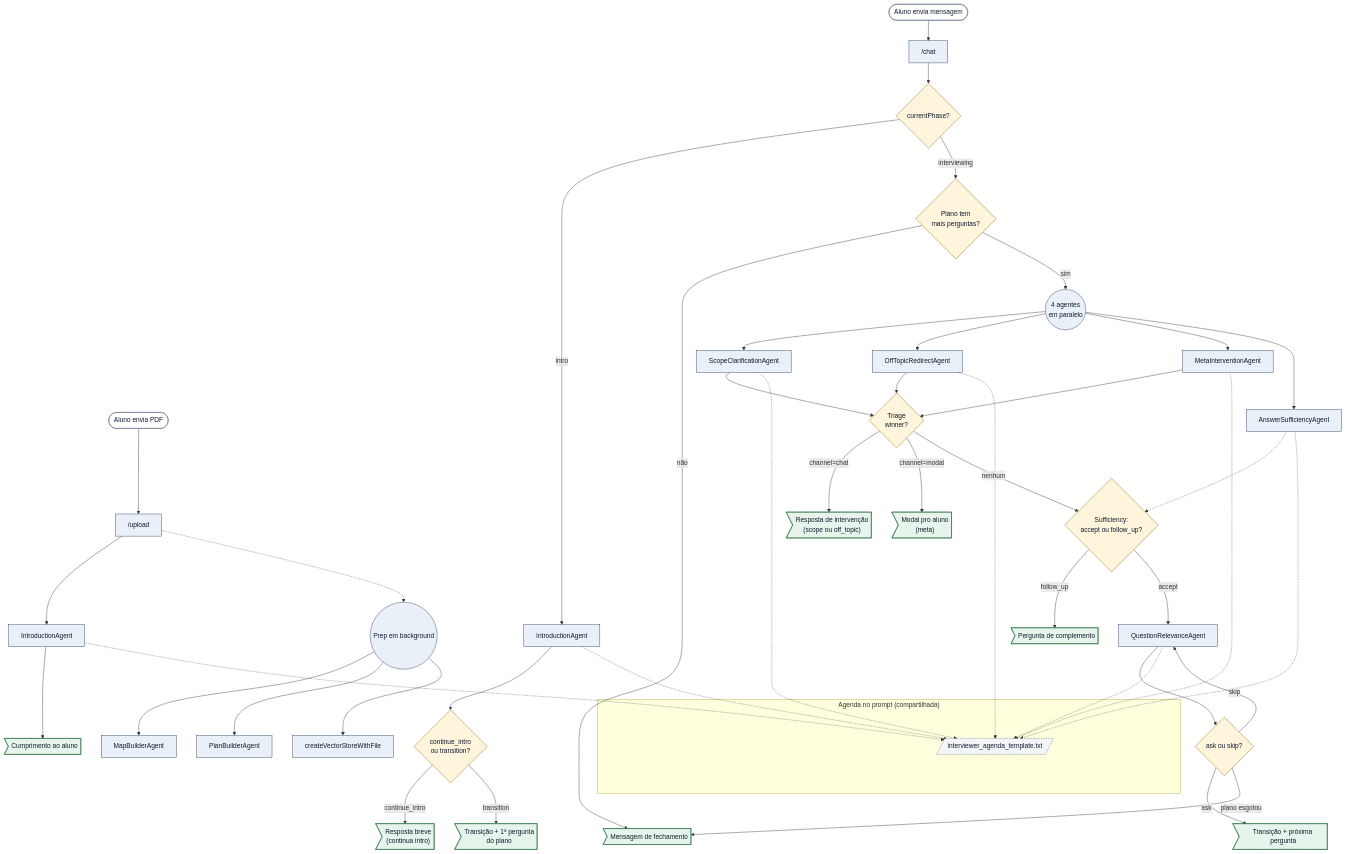
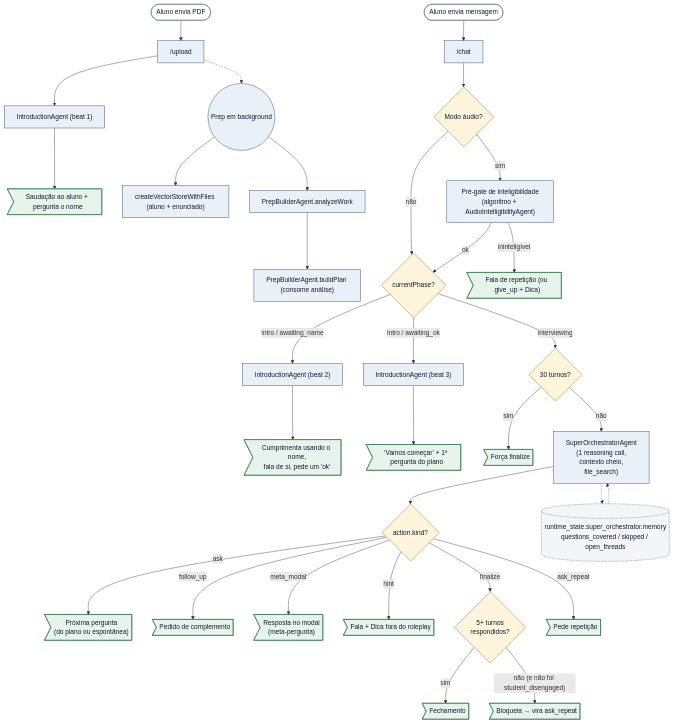
One commit to gladsjr/super-ta changed the first of 2 diagrams in docs/architecture.md. Above: the diagram before and after it, drawn with Mermaid. The commit also changed other lines of this file and 12 other files, not shown here.

````diff
--- a/docs/architecture.md
+++ b/docs/architecture.md
@@ -12,95 +16,68 @@
 ```mermaid
 flowchart TD
-  %% UPLOAD: PDF do aluno entra; saudação e prep pesada disparam em paralelo.
+  %% UPLOAD: PDF do aluno + enunciado → análise serializada → plano informado.
   Upload([Aluno envia PDF]) --> UploadHandler["/upload"]
-  UploadHandler --> IntroAgent1["IntroductionAgent"]
-  IntroAgent1 --> OutGreeting>"Cumprimento ao aluno"]
+  UploadHandler --> IntroAgent1["IntroductionAgent (beat 1)"]
+  IntroAgent1 --> OutGreeting>"Saudação ao aluno + pergunta o nome"]
   UploadHandler -.-> Prep(("Prep em background"))
-  Prep --> MapBuilder["MapBuilderAgent"]
-  Prep --> PlanBuilder["PlanBuilderAgent"]
-  Prep --> VectorStore["createVectorStoreWithFile"]
+  Prep --> VectorStore["createVectorStoreWithFiles (aluno + enunciado)"]
+  Prep --> Analyze["PrepBuilderAgent.analyzeWork"]
+  Analyze --> BuildPlan["PrepBuilderAgent.buildPlan (consome análise)"]
 
   %% CHAT: dispara o ciclo principal a cada mensagem do aluno.
   Start([Aluno envia mensagem]) --> ChatHandler["/chat"]
-  ChatHandler --> PhaseGate{"currentPhase?"}
+  ChatHandler --> AudioGate{"Modo áudio?"}
+  AudioGate -- "sim" --> Inteligibility["Pré-gate de inteligibilidade<br/>(algoritmo + AudioIntelligibilityAgent)"]
+  AudioGate -- "não" --> PhaseGate{"currentPhase?"}
+  Inteligibility -->|"ininteligível"| OutRepeat>"Fala de repetição (ou give_up + Dica)"]
+  Inteligibility -->|"ok"| PhaseGate
 
-  %% INTRO PHASE
-  PhaseGate -- "intro" --> IntroAgent2["IntroductionAgent"]
-  IntroAgent2 --> IntroDecision{"continue_intro<br/>ou transition?"}
-  IntroDecision -- "continue_intro" --> OutContinue>"Resposta breve<br/>(continua intro)"]
-  IntroDecision -- "transition" --> OutFirstQ>"Transição + 1ª pergunta<br/>do plano"]
+  %% INTRO PHASE — roteiro determinístico de 3 falas.
+  PhaseGate -- "intro / awaiting_name" --> IntroPresent["IntroductionAgent (beat 2)"]
+  IntroPresent --> OutPresent>"Cumprimenta usando o nome,<br/>fala de si, pede um 'ok'"]
+  PhaseGate -- "intro / awaiting_ok" --> IntroBegin["IntroductionAgent (beat 3)"]
+  IntroBegin --> OutFirstQ>"'Vamos começar' + 1ª pergunta do plano"]
 
-  %% INTERVIEWING PHASE
-  PhaseGate -- "interviewing" --> CheckPlan{"Plano tem<br/>mais perguntas?"}
-  CheckPlan -- "não" --> OutWrap>"Mensagem de fechamento"]
-  CheckPlan -- "sim" --> Parallel(("4 agentes<br/>em paralelo"))
+  %% INTERVIEWING PHASE — super-orquestrador decide tudo.
+  PhaseGate -- "interviewing" --> CapCheck{"30 turnos?"}
+  CapCheck -- "sim" --> OutCapFinalize>"Força finalize"]
+  CapCheck -- "não" --> SuperOrq["SuperOrchestratorAgent<br/>(1 reasoning call,<br/>contexto cheio,<br/>file_search)"]
+  SuperOrq --> ActionSchema{"action.kind?"}
+  ActionSchema -- "ask" --> OutAsk>"Próxima pergunta<br/>(do plano ou espontânea)"]
+  ActionSchema -- "follow_up" --> OutFollowUp>"Pedido de complemento"]
+  ActionSchema -- "meta_modal" --> OutMeta>"Resposta no modal<br/>(meta-pergunta)"]
+  ActionSchema -- "hint" --> OutHint>"Fala + Dica fora do roleplay"]
+  ActionSchema -- "finalize" --> FinalizeGate{"5+ turnos<br/>respondidos?"}
+  FinalizeGate -- "sim" --> OutFinalize>"Fechamento"]
+  FinalizeGate -- "não (e não foi student_disengaged)" --> OutRefuseFinalize>"Bloqueia → vira ask_repeat"]
+  ActionSchema -- "ask_repeat" --> OutAskRepeat>"Pede repetição"]
 
-  Parallel --> Scope["ScopeClarificationAgent"]
-  Parallel --> OffTopic["OffTopicRedirectAgent"]
-  Parallel --> Meta["MetaInterventionAgent"]
-  Parallel --> Sufficiency["AnswerSufficiencyAgent"]
-
-  Scope --> Pick{"Triage<br/>winner?"}
-  OffTopic --> Pick
-  Meta --> Pick
-
-  Pick -- "channel=chat" --> OutTriageChat>"Resposta de intervenção<br/>(scope ou off_topic)"]
-  Pick -- "channel=modal" --> OutTriageModal>"Modal pro aluno<br/>(meta)"]
-  Pick -- "nenhum" --> SufDecision{"Sufficiency:<br/>accept ou follow_up?"}
-  Sufficiency -.-> SufDecision
-
-  SufDecision -- "follow_up" --> OutFollowUp>"Pergunta de complemento"]
-  SufDecision -- "accept" --> Relevance["QuestionRelevanceAgent"]
-
-  Relevance --> RelDecision{"ask ou skip?"}
-  RelDecision -- "skip" --> Relevance
-  RelDecision -- "ask" --> OutNext>"Transição + próxima pergunta"]
-  RelDecision -- "plano esgotou" --> OutWrap
-
-  %% Templates compartilhados — entram via composição no prompt de vários agentes.
-  subgraph templates ["Agenda no prompt (compartilhada)"]
-    AgendaTpl[/"interviewer_agenda_template.txt"/]
-  end
-  IntroAgent1 -.-> AgendaTpl
-  IntroAgent2 -.-> AgendaTpl
-  Scope -.-> AgendaTpl
-  OffTopic -.-> AgendaTpl
-  Meta -.-> AgendaTpl
-  Sufficiency -.-> AgendaTpl
-  Relevance -.-> AgendaTpl
+  %% Persistência de memória entre turnos do super-orquestrador.
+  SuperOrq -.-> Memory[("runtime_state.super_orchestrator.memory<br/>questions_covered / skipped / open_threads")]
+  Memory -.-> SuperOrq
 
   classDef agent fill:#eaf0f7,stroke:#1e3a5f,color:#0f1b2d;
   classDef gate  fill:#fff4dc,stroke:#8a6100,color:#0f1b2d;
   classDef out   fill:#e7f4eb,stroke:#1f6c3b,color:#0f1b2d;
   classDef entry fill:#ffffff,stroke:#5a6b80,color:#0f1b2d;
-  classDef tpl   fill:#f3f5f8,stroke:#5a6b80,color:#0f1b2d,stroke-dasharray: 4 2;
+  classDef state fill:#f3f5f8,stroke:#5a6b80,color:#0f1b2d,stroke-dasharray: 4 2;
 
-  class UploadHandler,ChatHandler,IntroAgent1,IntroAgent2,Scope,OffTopic,Meta,Sufficiency,Relevance,Parallel,MapBuilder,PlanBuilder,VectorStore,Prep agent
-  class PhaseGate,IntroDecision,CheckPlan,Pick,SufDecision,RelDecision gate
-  class OutGreeting,OutContinue,OutFirstQ,OutWrap,OutTriageChat,OutTriageModal,OutFollowUp,OutNext out
+  class UploadHandler,ChatHandler,IntroAgent1,IntroPresent,IntroBegin,SuperOrq,Inteligibility,Analyze,BuildPlan,VectorStore,Prep agent
+  class AudioGate,PhaseGate,ActionSchema,CapCheck,FinalizeGate gate
+  class OutGreeting,OutPresent,OutFirstQ,OutAsk,OutFollowUp,OutMeta,OutHint,OutFinalize,OutAskRepeat,OutRepeat,OutCapFinalize,OutRefuseFinalize out
   class Upload,Start entry
-  class AgendaTpl tpl
+  class Memory state
 
-  click UploadHandler "vscode://file/c:/Users/glads/src/super-ta/server.js:864" "Abre o handler /upload"
-  click ChatHandler "vscode://file/c:/Users/glads/src/super-ta/server.js:1014" "Abre o handler /chat"
-  click PhaseGate "vscode://file/c:/Users/glads/src/super-ta/server.js:1044" "Abre o gate de currentPhase"
+  click UploadHandler "vscode://file/c:/Users/glads/src/super-ta/routes/interview.js:137" "Abre o handler /upload"
+  click ChatHandler "vscode://file/c:/Users/glads/src/super-ta/routes/interview.js:474" "Abre o handler /chat"
+  click PhaseGate "vscode://file/c:/Users/glads/src/super-ta/routes/interview.js:554" "Abre o gate de currentPhase"
   click IntroAgent1 "vscode://file/c:/Users/glads/src/super-ta/agents/IntroductionAgent.js:39" "Abre o systemPrompt (bodyFor) do IntroductionAgent"
-  click IntroAgent2 "vscode://file/c:/Users/glads/src/super-ta/agents/IntroductionAgent.js:39" "Abre o systemPrompt (bodyFor) do IntroductionAgent"
-  click IntroDecision "vscode://file/c:/Users/glads/src/super-ta/server.js:1081" "Abre o ramo continue_intro vs transition"
-  click Parallel "vscode://file/c:/Users/glads/src/super-ta/server.js:1163" "Abre o lançamento dos 4 agentes em paralelo"
-  click Scope "vscode://file/c:/Users/glads/src/super-ta/agents/ScopeClarificationAgent.js:23" "Abre o systemPrompt do ScopeClarificationAgent"
-  click OffTopic "vscode://file/c:/Users/glads/src/super-ta/agents/OffTopicRedirectAgent.js:20" "Abre o systemPrompt do OffTopicRedirectAgent"
-  click Meta "vscode://file/c:/Users/glads/src/super-ta/agents/MetaInterventionAgent.js:24" "Abre o systemPrompt do MetaInterventionAgent"
-  click Sufficiency "vscode://file/c:/Users/glads/src/super-ta/agents/AnswerSufficiencyAgent.js:33" "Abre o systemPrompt do AnswerSufficiencyAgent"
-  click Pick "vscode://file/c:/Users/glads/src/super-ta/server.js:273" "Abre pickTriageWinner"
-  click SufDecision "vscode://file/c:/Users/glads/src/super-ta/server.js:1278" "Abre a decisão accept/follow_up"
-  click Relevance "vscode://file/c:/Users/glads/src/super-ta/agents/QuestionRelevanceAgent.js:23" "Abre o systemPrompt do QuestionRelevanceAgent"
-  click RelDecision "vscode://file/c:/Users/glads/src/super-ta/server.js:1357" "Abre o skip-loop de relevância"
-  click OutFirstQ "vscode://file/c:/Users/glads/src/super-ta/server.js:1120" "Abre a montagem da transição + 1ª pergunta"
-  click OutNext "vscode://file/c:/Users/glads/src/super-ta/server.js:1399" "Abre a montagem da transição + próxima pergunta"
-  click OutWrap "vscode://file/c:/Users/glads/src/super-ta/server.js:1406" "Abre a string da mensagem de fechamento"
-  click AgendaTpl "vscode://file/c:/Users/glads/src/super-ta/config/interviewer_agenda_template.txt" "Abre o template da agenda do entrevistador"
-  click MapBuilder "vscode://file/c:/Users/glads/src/super-ta/agents/MapBuilderAgent.js" "Abre MapBuilderAgent (DocumentMap)"
-  click PlanBuilder "vscode://file/c:/Users/glads/src/super-ta/agents/PlanBuilderAgent.js" "Abre PlanBuilderAgent (plano de entrevista)"
-  click VectorStore "vscode://file/c:/Users/glads/src/super-ta/server.js" "Abre createVectorStoreWithFile"
+  click IntroPresent "vscode://file/c:/Users/glads/src/super-ta/agents/IntroductionAgent.js:39" "Abre o systemPrompt (bodyFor) do IntroductionAgent"
+  click IntroBegin "vscode://file/c:/Users/glads/src/super-ta/agents/IntroductionAgent.js:39" "Abre o systemPrompt (bodyFor) do IntroductionAgent"
+  click Inteligibility "vscode://file/c:/Users/glads/src/super-ta/routes/interview.js:74" "Abre runAudioIntelligibilityGate"
+  click SuperOrq "vscode://file/c:/Users/glads/src/super-ta/agents/SuperOrchestratorAgent.js:36" "Abre o systemPromptBody do SuperOrchestratorAgent"
+  click ActionSchema "vscode://file/c:/Users/glads/src/super-ta/lib/superOrchestrator/actionSchema.js" "Abre o schema da ação"
+  click Analyze "vscode://file/c:/Users/glads/src/super-ta/agents/PrepBuilderAgent.js:42" "Abre analyzeSystemBody"
+  click BuildPlan "vscode://file/c:/Users/glads/src/super-ta/agents/PrepBuilderAgent.js" "Abre buildPlan"
+  click VectorStore "vscode://file/c:/Users/glads/src/super-ta/lib/sessionLifecycle.js:59" "Abre createVectorStoreWithFiles"
 ```
````
